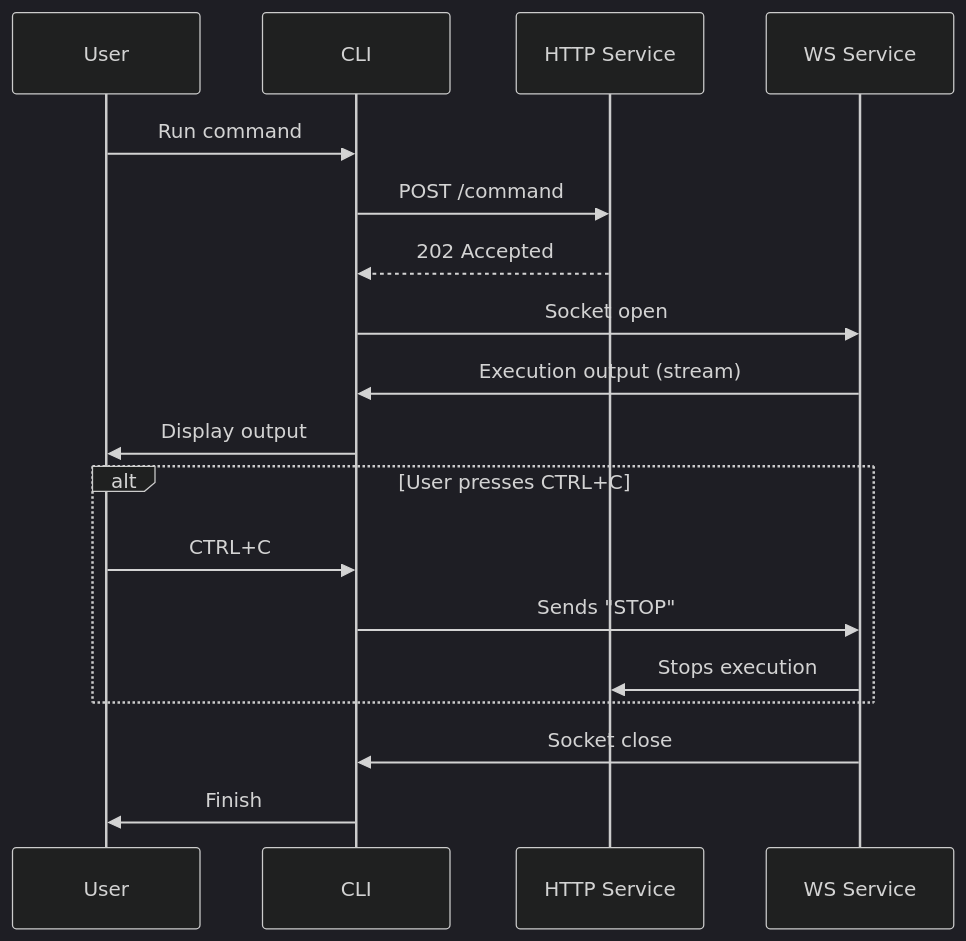
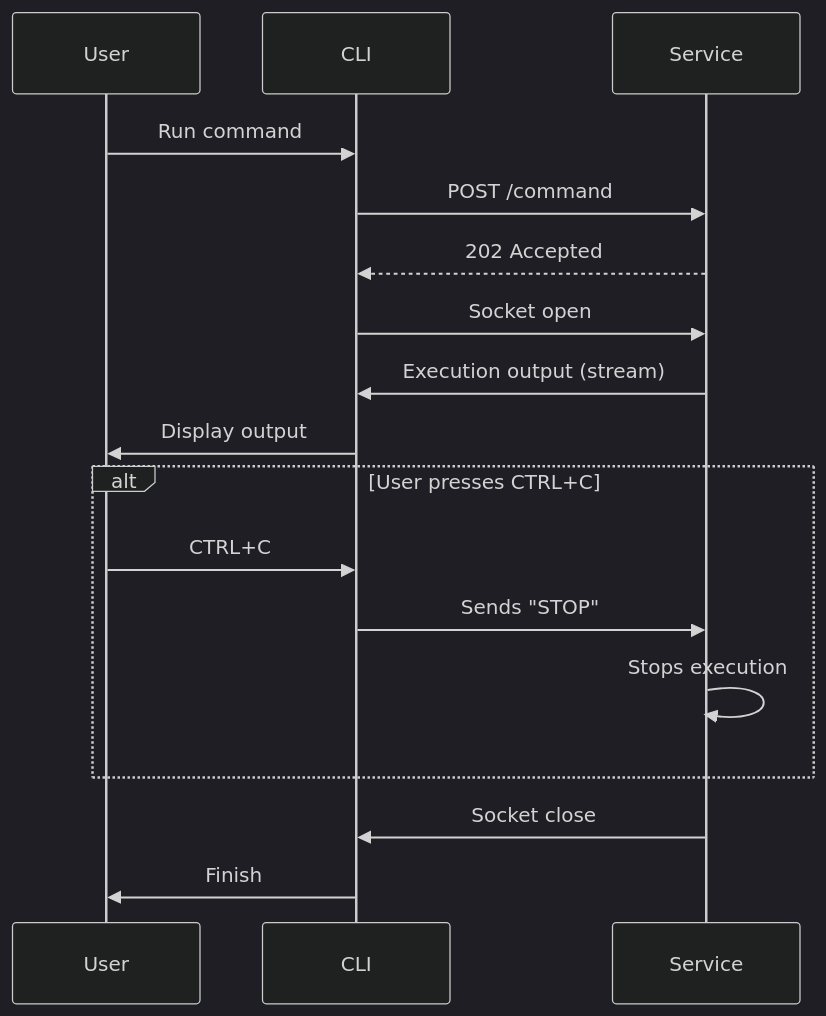
Before and after one commit to wakamiti/wakamiti-runtime: the diagram in README_en.md, drawn with Mermaid (dark theme). The commit also changed other lines of this file and 1 other file, not shown here.

Commit message:
docs: update README files with badge information and improve architecture diagrams

````diff
--- a/README_en.md
+++ b/README_en.md
@@ -22,24 +15,23 @@
 ```mermaid
 sequenceDiagram
     participant User
     participant CLI
-    participant HTTP Service
-    participant WS Service
+    participant Service
 
     User->>CLI: Run command
-    CLI->>HTTP Service: POST /command
-    HTTP Service-->>CLI: 202 Accepted
+    CLI->>Service: POST /command
+    Service-->>CLI: 202 Accepted
 
-    CLI->>WS Service: Socket open
-    WS Service->>CLI: Execution output (stream)
+    CLI->>Service: Socket open
+    Service->>CLI: Execution output (stream)
     CLI->>User: Display output
 
     alt User presses CTRL+C
         User->>CLI: CTRL+C
-        CLI->>WS Service: Sends "STOP"
-        WS Service->>HTTP Service: Stops execution
+        CLI->>Service: Sends "STOP"
+        Service->>Service: Stops execution
     end
 
-    WS Service->>CLI: Socket close
+    Service->>CLI: Socket close
     CLI->>User: Finish
 ```
````
